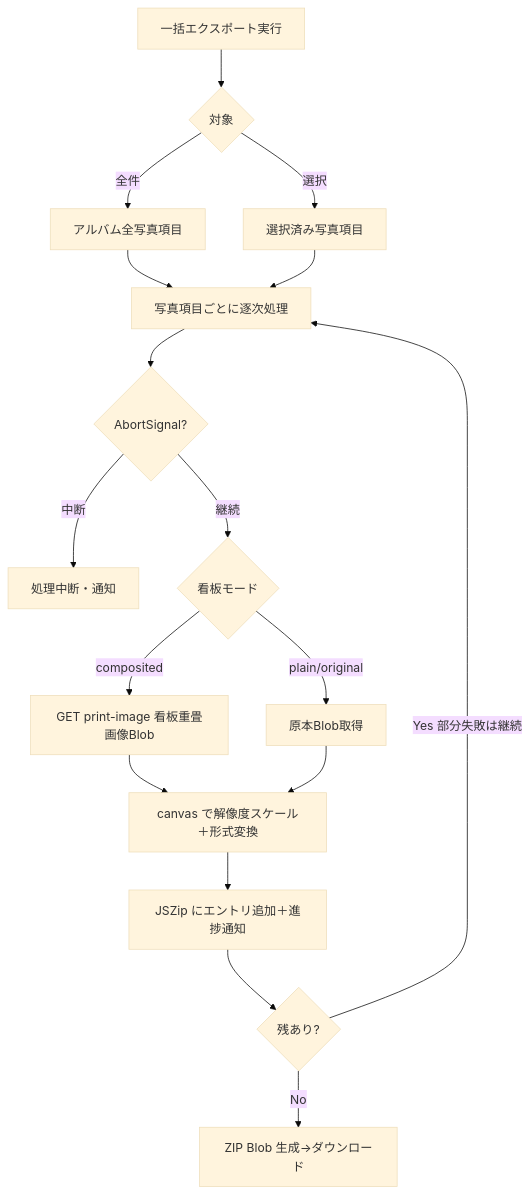
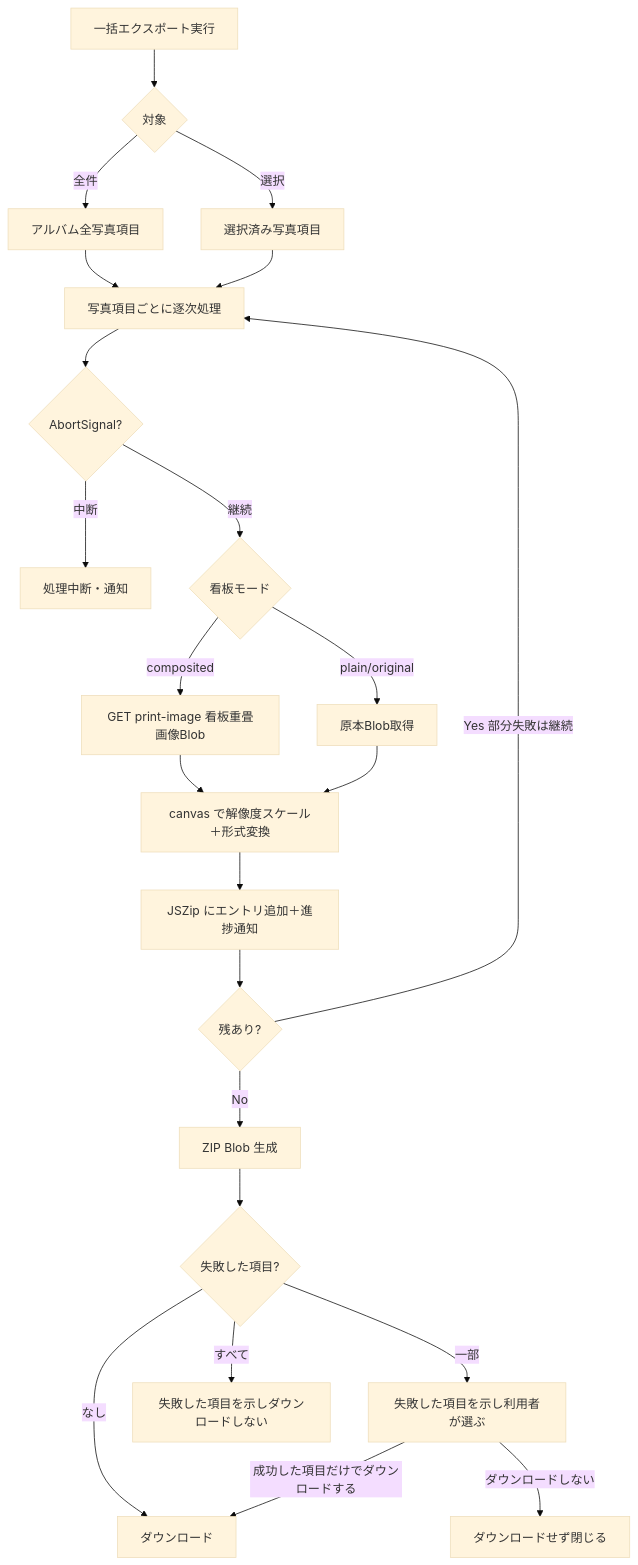
The sixth of 8 diagrams in .kiro/specs/construction-photo/design.md (inakanou/ArchiTrack), drawn with Mermaid (base theme) before and after one commit. The commit also changed other lines of this file and 8 other files, not shown here.

````diff
--- a/.kiro/specs/construction-photo/design.md
+++ b/.kiro/specs/construction-photo/design.md
@@ -457,19 +457,25 @@
 ```mermaid
 flowchart TD
     Start[一括エクスポート実行] --> Scope{対象}
     Scope -->|全件| All[アルバム全写真項目]
     Scope -->|選択| Sel[選択済み写真項目]
     All --> Loop[写真項目ごとに逐次処理]
     Sel --> Loop
     Loop --> Abort{AbortSignal?}
     Abort -->|中断| Cancel[処理中断・通知]
     Abort -->|継続| Mode{看板モード}
     Mode -->|composited| Print[GET print-image 看板重畳画像Blob]
     Mode -->|plain/original| Orig[原本Blob取得]
     Print --> Enc[canvas で解像度スケール＋形式変換]
     Orig --> Enc
     Enc --> Add[JSZip にエントリ追加＋進捗通知]
     Add --> More{残あり?}
     More -->|Yes 部分失敗は継続| Loop
-    More -->|No| Zip[ZIP Blob 生成→ダウンロード]
+    More -->|No| Zip[ZIP Blob 生成]
+    Zip --> Failed{失敗した項目?}
+    Failed -->|なし| Download[ダウンロード]
+    Failed -->|一部| Choice[失敗した項目を示し利用者が選ぶ]
+    Choice -->|成功した項目だけでダウンロードする| Download
+    Choice -->|ダウンロードしない| Discard[ダウンロードせず閉じる]
+    Failed -->|すべて| AllFailed[失敗した項目を示しダウンロードしない]
 ```
````
